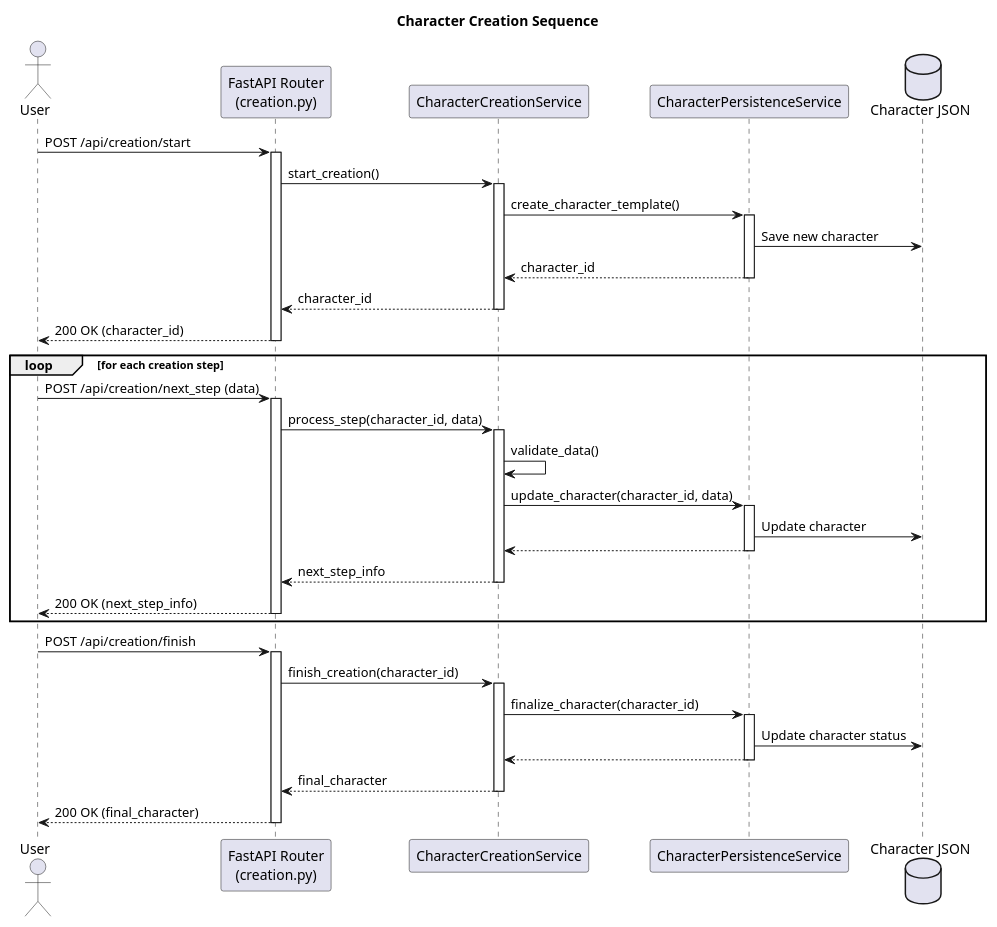
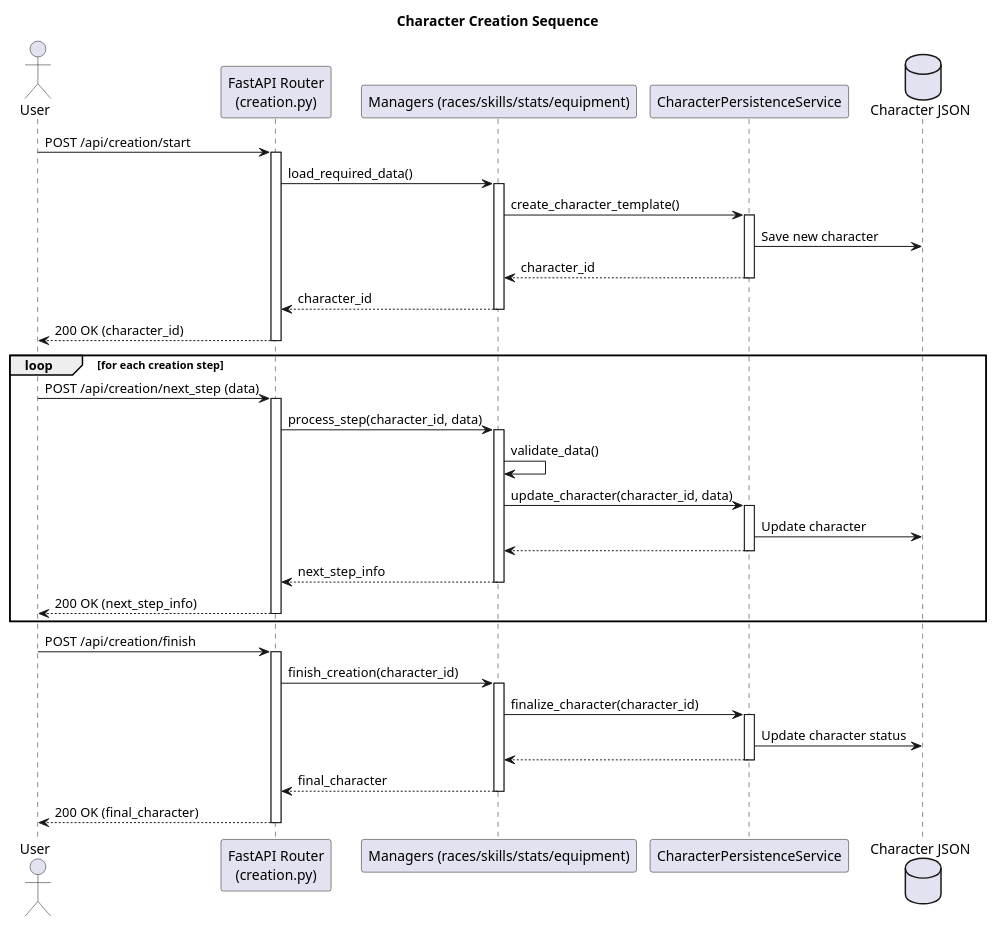
Before and after one commit to cyberbobjr/jdr: the diagram in docs/uml/sequence_character_creation.puml, drawn with PlantUML. The commit also changed 109 other files, not shown here.

```diff
--- a/docs/uml/sequence_character_creation.puml
+++ b/docs/uml/sequence_character_creation.puml
@@ -1,55 +1,55 @@
 @startuml
 title Character Creation Sequence
 
 actor User
 participant "FastAPI Router\n(creation.py)" as Router
-participant "CharacterCreationService" as CreationService
+participant "Managers (races/skills/stats/equipment)" as Managers
 participant "CharacterPersistenceService" as PersistenceService
 database "Character JSON" as CharacterDB
 
 User -> Router: POST /api/creation/start
 activate Router
-Router -> CreationService: start_creation()
-activate CreationService
-CreationService -> PersistenceService: create_character_template()
+Router -> Managers: load_required_data()
+activate Managers
+Managers -> PersistenceService: create_character_template()
 activate PersistenceService
 PersistenceService -> CharacterDB: Save new character
-PersistenceService --> CreationService: character_id
+PersistenceService --> Managers: character_id
 deactivate PersistenceService
-CreationService --> Router: character_id
-deactivate CreationService
+Managers --> Router: character_id
+deactivate Managers
 Router --> User: 200 OK (character_id)
 deactivate Router
 
 loop for each creation step
     User -> Router: POST /api/creation/next_step (data)
     activate Router
-    Router -> CreationService: process_step(character_id, data)
-    activate CreationService
-    CreationService -> CreationService: validate_data()
-    CreationService -> PersistenceService: update_character(character_id, data)
+    Router -> Managers: process_step(character_id, data)
+    activate Managers
+    Managers -> Managers: validate_data()
+    Managers -> PersistenceService: update_character(character_id, data)
     activate PersistenceService
     PersistenceService -> CharacterDB: Update character
-    PersistenceService --> CreationService:
+    PersistenceService --> Managers:
     deactivate PersistenceService
-    CreationService --> Router: next_step_info
-    deactivate CreationService
+    Managers --> Router: next_step_info
+    deactivate Managers
     Router --> User: 200 OK (next_step_info)
     deactivate Router
 end
 
 User -> Router: POST /api/creation/finish
 activate Router
-Router -> CreationService: finish_creation(character_id)
-activate CreationService
-CreationService -> PersistenceService: finalize_character(character_id)
+Router -> Managers: finish_creation(character_id)
+activate Managers
+Managers -> PersistenceService: finalize_character(character_id)
 activate PersistenceService
 PersistenceService -> CharacterDB: Update character status
-PersistenceService --> CreationService:
+PersistenceService --> Managers:
 deactivate PersistenceService
-CreationService --> Router: final_character
-deactivate CreationService
+Managers --> Router: final_character
+deactivate Managers
 Router --> User: 200 OK (final_character)
 deactivate Router
 
 @enduml
```
